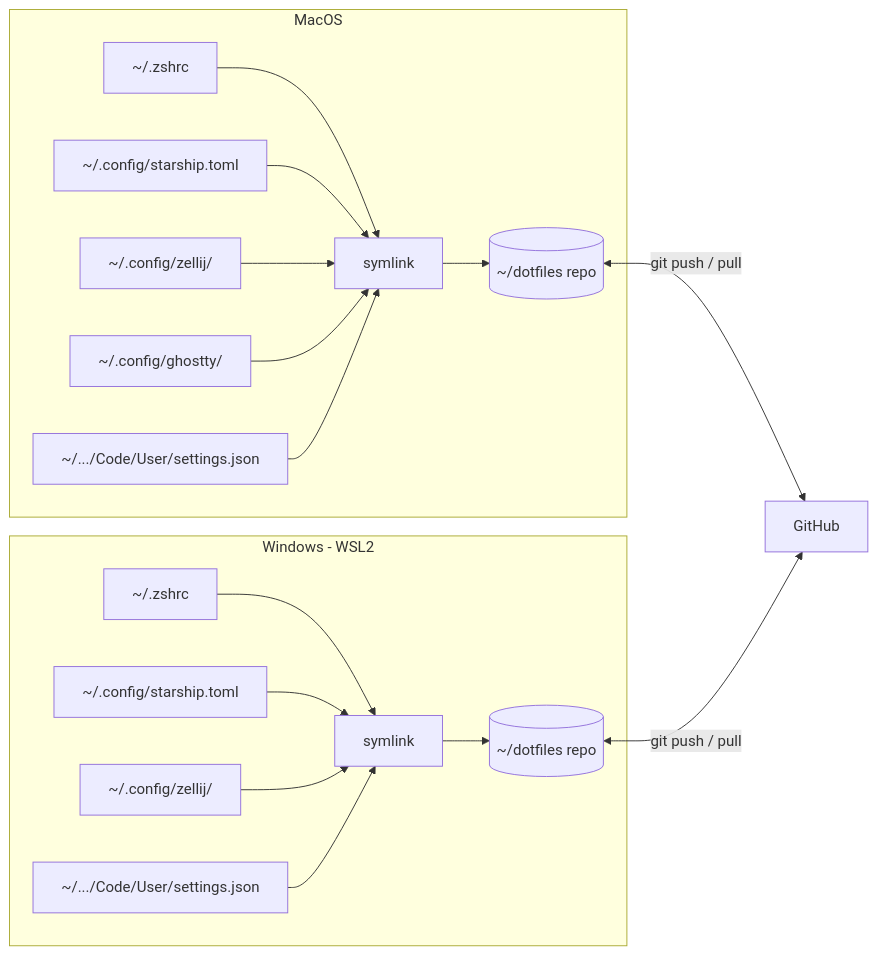
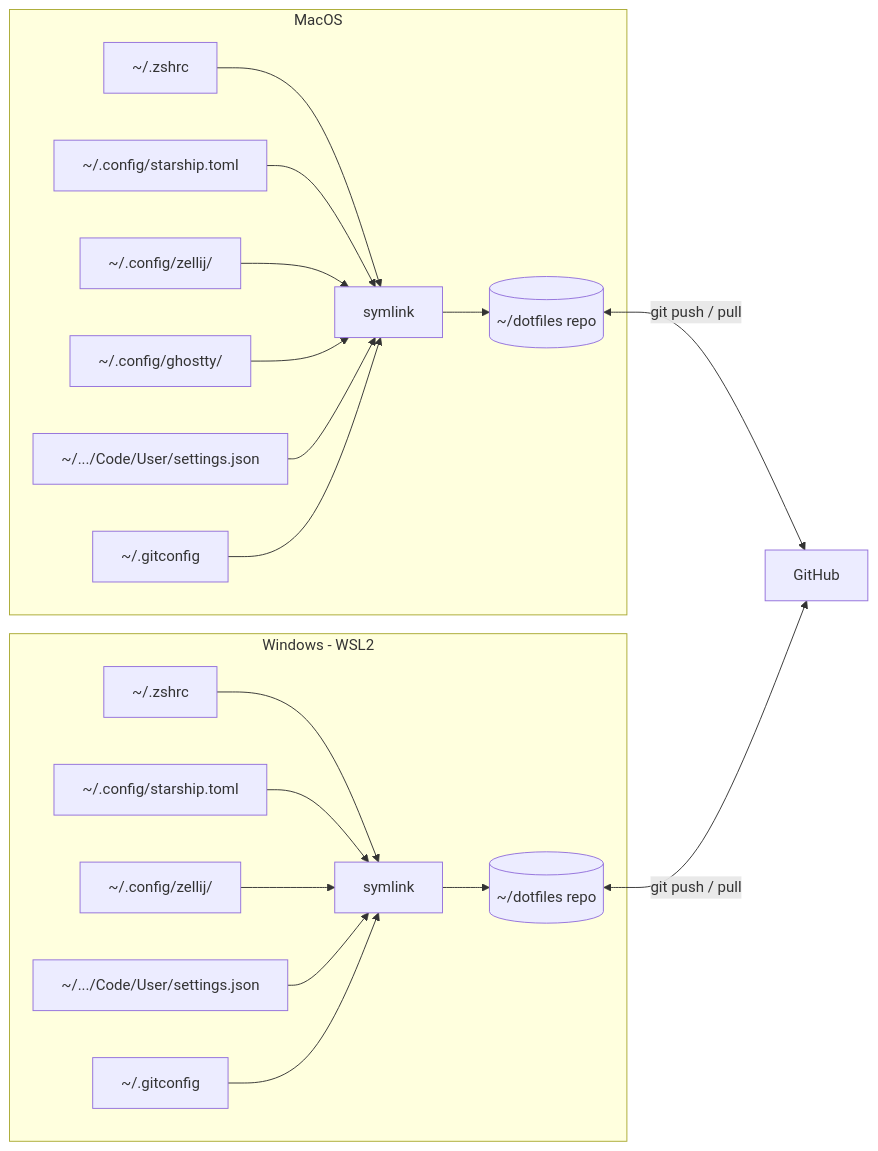
One commit to deepusharma/dotfiles changed the second of 3 diagrams in README.md. Above: the diagram before and after it, drawn with Mermaid. The commit also changed other lines of this file and 2 other files, not shown here.

````diff
--- a/README.md
+++ b/README.md
@@ -80,22 +80,24 @@
 ```mermaid
 flowchart LR
     subgraph mac [MacOS]
         M1[~/.zshrc] --> ML[symlink]
         M2[~/.config/starship.toml] --> ML
         M3[~/.config/zellij/] --> ML
         M4[~/.config/ghostty/] --> ML
         M5[~/.../Code/User/settings.json] --> ML
+        M6[~/.gitconfig] --> ML
         ML --> MR[(~/dotfiles repo)]
     end
 
     subgraph win [Windows - WSL2]
         W1[~/.zshrc] --> WL[symlink]
         W2[~/.config/starship.toml] --> WL
         W3[~/.config/zellij/] --> WL
         W4[~/.../Code/User/settings.json] --> WL
+        W5[~/.gitconfig] --> WL
         WL --> WR[(~/dotfiles repo)]
     end
 
     MR <-->|git push / pull| GH[GitHub]
     WR <-->|git push / pull| GH
 ```
````
